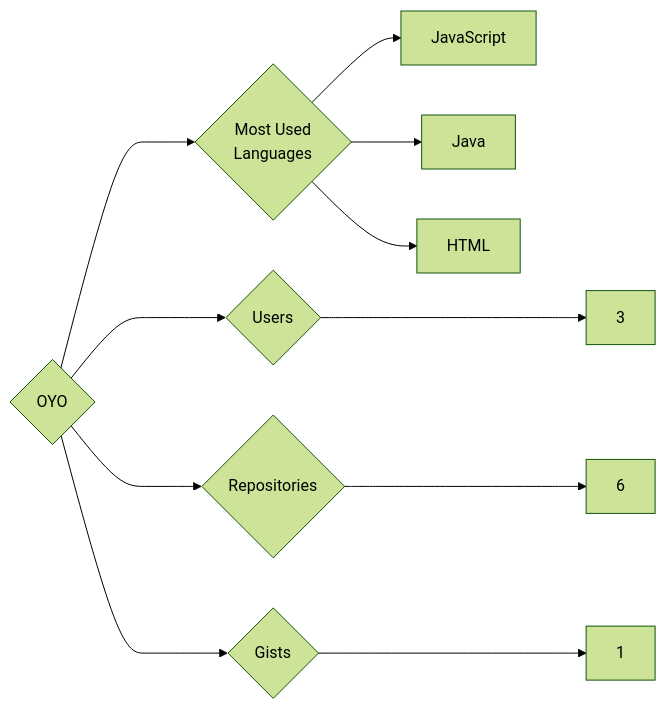
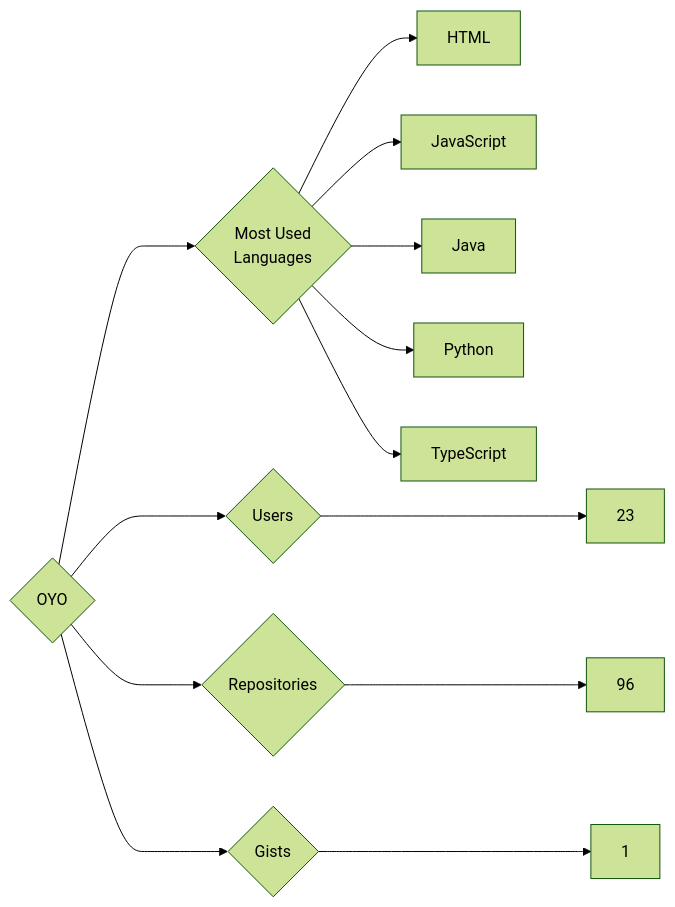
Before and after one commit to trickest/insiders: the diagram in targets/OYO/README.md, drawn with Mermaid (forest theme). The commit also changed 898 other files, not shown here.

````diff
--- a/targets/OYO/README.md
+++ b/targets/OYO/README.md
@@ -3,11 +3,13 @@
 ```mermaid
 graph LR
 COMPANY_NAME{OYO}
-COMPANY_NAME ---> U{Users} ---> UN[3]
-COMPANY_NAME ---> R{Repositories} ---> RN[6]
+COMPANY_NAME ---> U{Users} ---> UN[23]
+COMPANY_NAME ---> R{Repositories} ---> RN[96]
 COMPANY_NAME ---> G{Gists} ---> GN[1]
 COMPANY_NAME ---> ML{Most Used<br>Languages}
+ML --> HTML[HTML]
 ML --> JavaScript[JavaScript]
 ML --> Java[Java]
-ML --> HTML[HTML]
+ML --> Python[Python]
+ML --> TypeScript[TypeScript]
 ```
````
